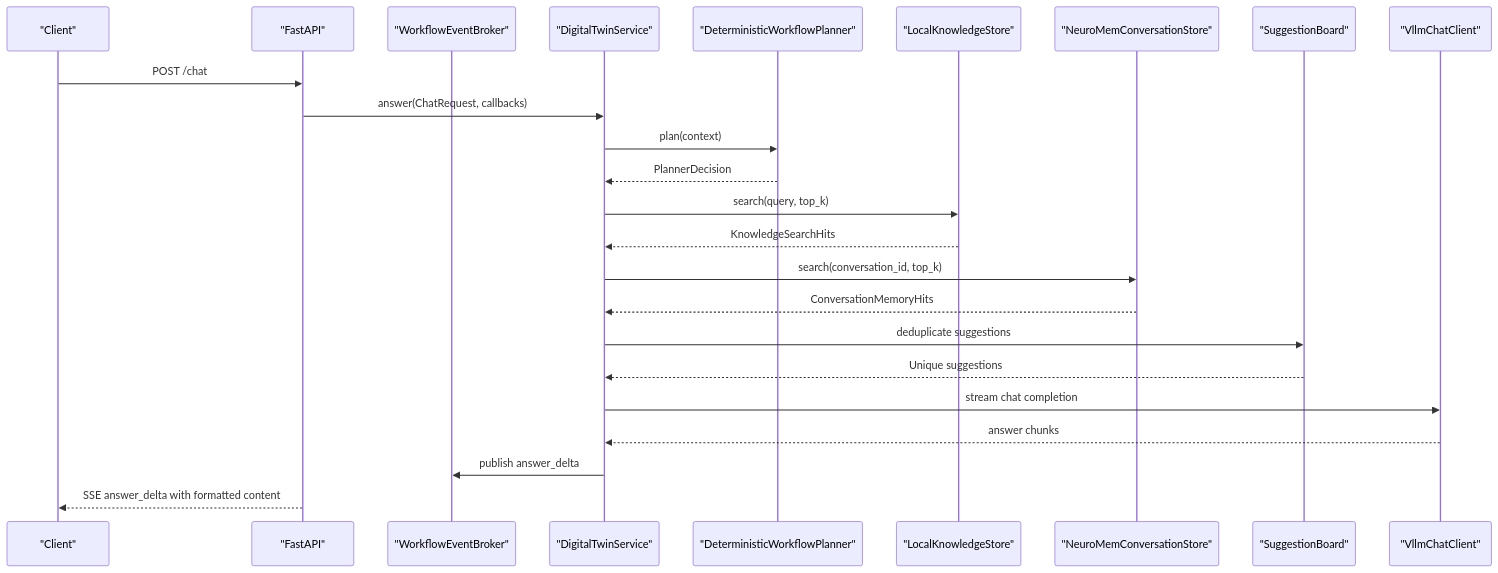
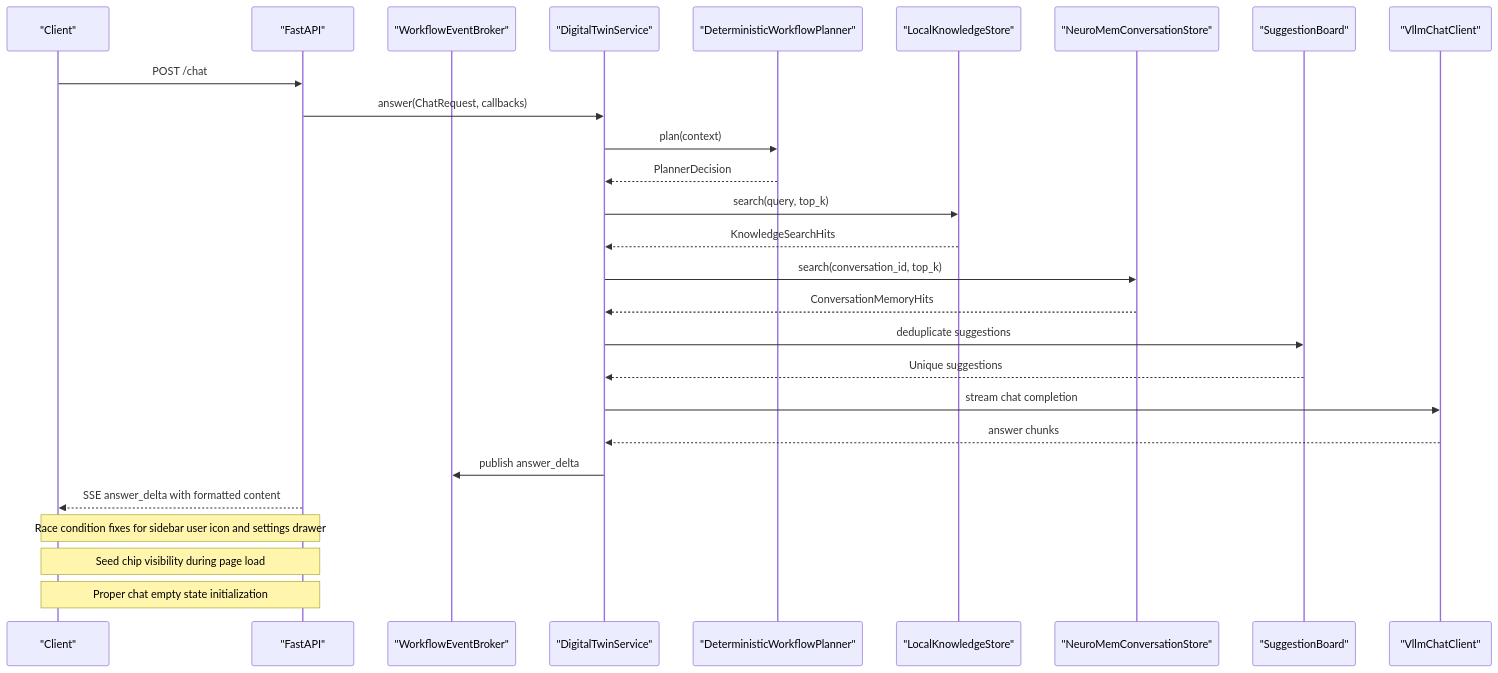
Before and after one commit to intellistream/sage-mate: the second of 10 diagrams in .qoder/repowiki/en/content/Core Components/Core Components.md, drawn with Mermaid. The commit also changed other lines of this file and 22 other files, not shown here.

````diff
--- a/.qoder/repowiki/en/content/Core Components/Core Components.md
+++ b/.qoder/repowiki/en/content/Core Components/Core Components.md
@@ -191,26 +197,29 @@
 ```mermaid
 sequenceDiagram
 participant Client as "Client"
 participant API as "FastAPI"
 participant Broker as "WorkflowEventBroker"
 participant Svc as "DigitalTwinService"
 participant Planner as "DeterministicWorkflowPlanner"
 participant KB as "LocalKnowledgeStore"
 participant Mem as "NeuroMemConversationStore"
 participant Suggestions as "SuggestionBoard"
 participant LLM as "VllmChatClient"
 Client->>API : POST /chat
 API->>Svc : answer(ChatRequest, callbacks)
 Svc->>Planner : plan(context)
 Planner-->>Svc : PlannerDecision
 Svc->>KB : search(query, top_k)
 KB-->>Svc : KnowledgeSearchHits
 Svc->>Mem : search(conversation_id, top_k)
 Mem-->>Svc : ConversationMemoryHits
 Svc->>Suggestions : deduplicate suggestions
 Suggestions-->>Svc : Unique suggestions
 Svc->>LLM : stream chat completion
 LLM-->>Svc : answer chunks
 Svc->>Broker : publish answer_delta
 API-->>Client : SSE answer_delta with formatted content
+Note over Client,API : Race condition fixes for sidebar user icon and settings drawer
+Note over Client,API : Seed chip visibility during page load
+Note over Client,API : Proper chat empty state initialization
 ```
````
